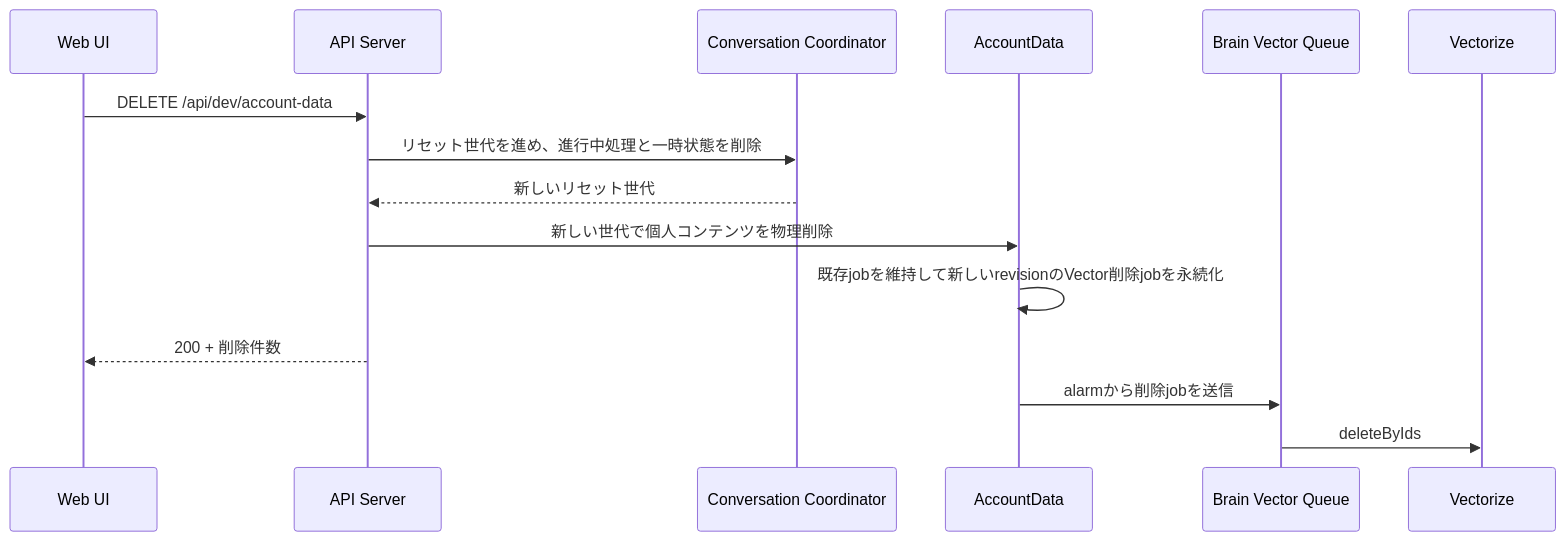
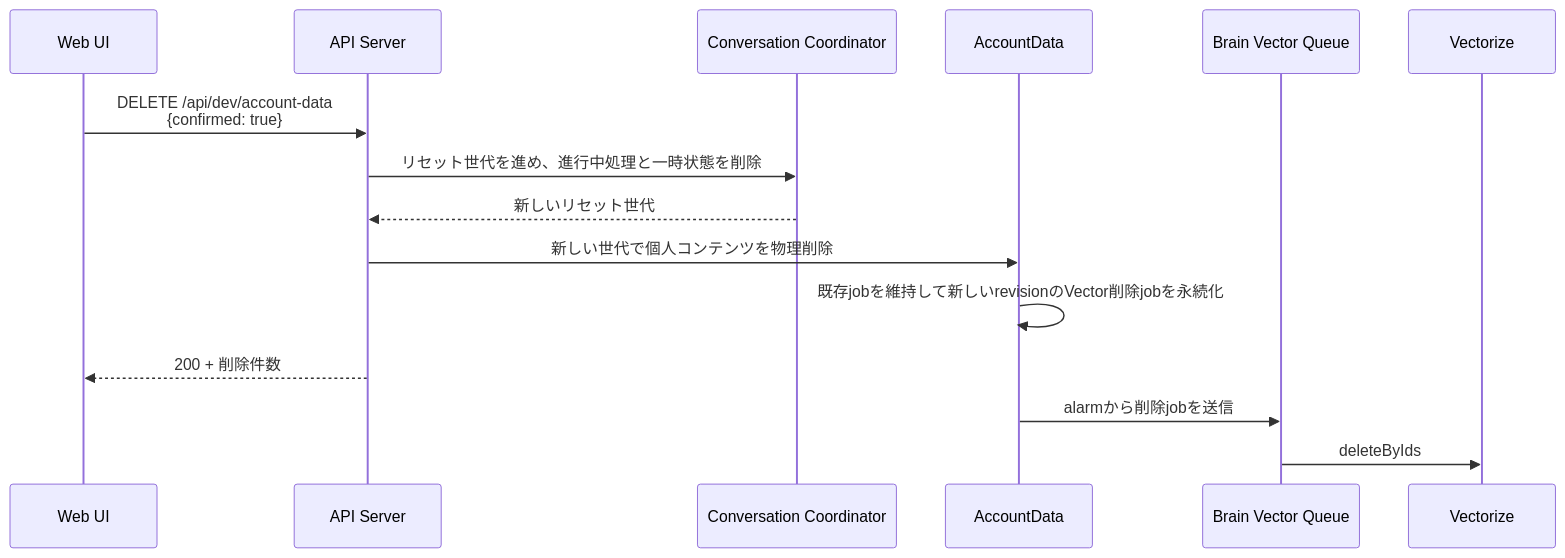
One commit to kkyosuke/me-builder changed the diagram in docs/development/development-account-data-reset-api.md. Above: the diagram before and after it, drawn with Mermaid. The commit also changed other lines of this file and 34 other files, not shown here.

````diff
--- a/docs/development/development-account-data-reset-api.md
+++ b/docs/development/development-account-data-reset-api.md
@@ -32,18 +32,18 @@
 ```mermaid
 sequenceDiagram
     participant W as Web UI
     participant A as API Server
     participant C as Conversation Coordinator
     participant D as AccountData
     participant Q as Brain Vector Queue
     participant V as Vectorize
 
-    W->>A: DELETE /api/dev/account-data
+    W->>A: DELETE /api/dev/account-data<br/>{confirmed: true}
     A->>C: リセット世代を進め、進行中処理と一時状態を削除
     C-->>A: 新しいリセット世代
     A->>D: 新しい世代で個人コンテンツを物理削除
     D->>D: 既存jobを維持して新しいrevisionのVector削除jobを永続化
     A-->>W: 200 + 削除件数
     D->>Q: alarmから削除jobを送信
     Q->>V: deleteByIds
 ```
````
